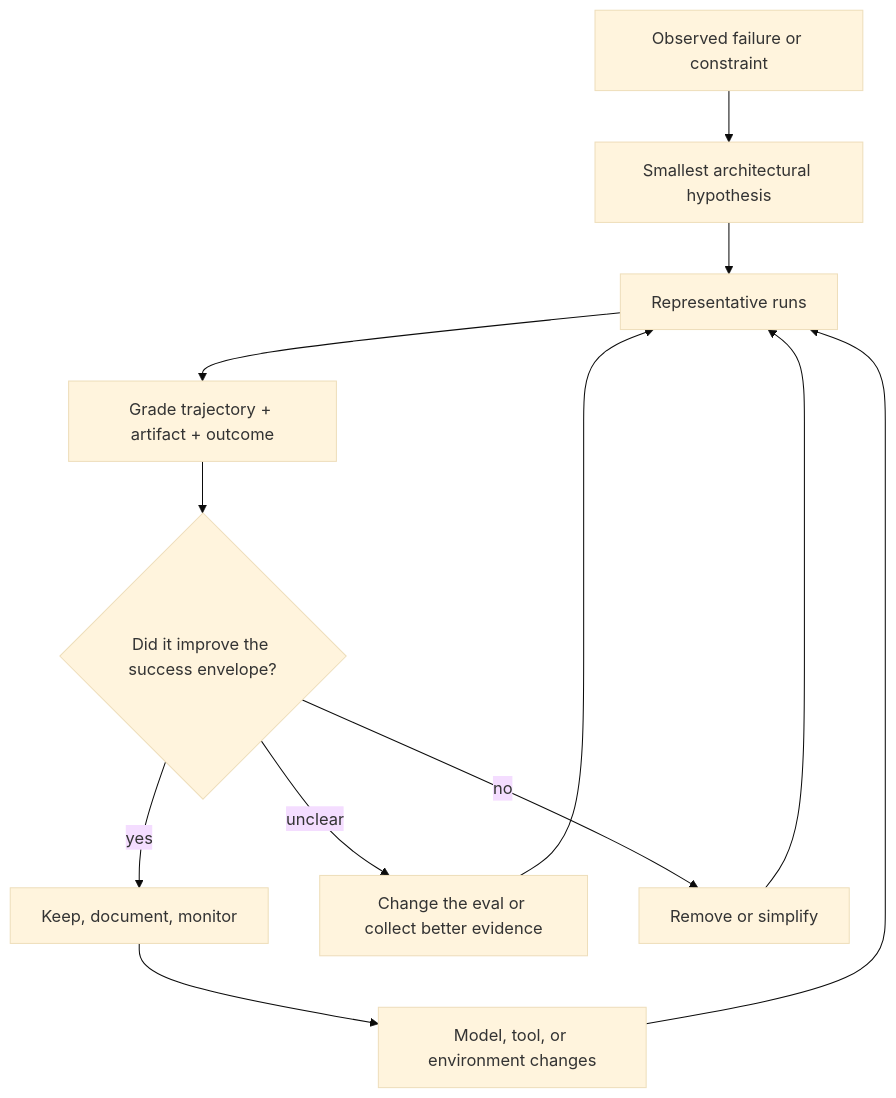
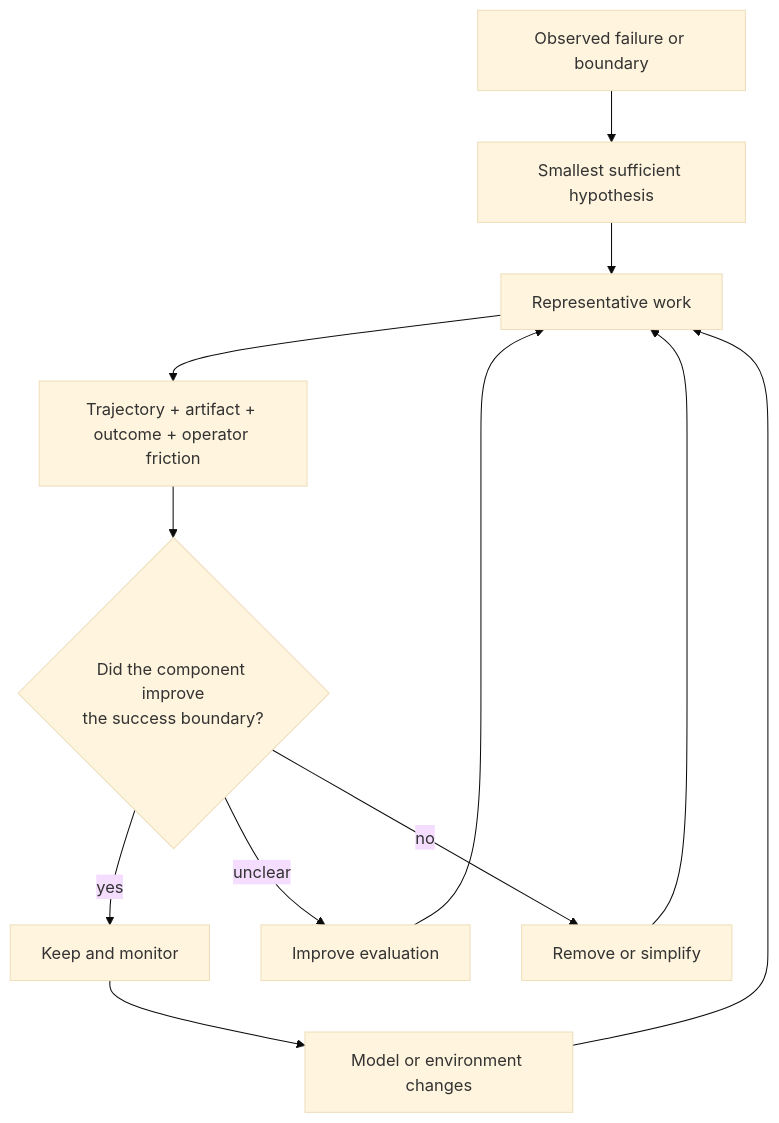
One commit to yiwei79/root-azoth changed the third of 3 diagrams in docs/case-studies/narrow-success-broad-failure.md. Above: the diagram before and after it, drawn with Mermaid (base theme). The commit also changed other lines of this file and 7 other files, not shown here.

````diff
--- a/docs/case-studies/narrow-success-broad-failure.md
+++ b/docs/case-studies/narrow-success-broad-failure.md
@@ -229,14 +229,14 @@
 ```mermaid
 flowchart TB
-    F["Observed failure or constraint"] --> H["Smallest architectural hypothesis"]
-    H --> R["Representative runs"]
-    R --> G["Grade trajectory + artifact + outcome"]
-    G --> J{"Did it improve the success envelope?"}
-    J -->|yes| K["Keep, document, monitor"]
-    J -->|unclear| M["Change the eval or collect better evidence"]
+    F["Observed failure or boundary"] --> H["Smallest sufficient hypothesis"]
+    H --> R["Representative work"]
+    R --> E["Trajectory + artifact + outcome + operator friction"]
+    E --> J{"Did the component improve<br/>the success boundary?"}
+    J -->|yes| K["Keep and monitor"]
+    J -->|unclear| M["Improve evaluation"]
     J -->|no| X["Remove or simplify"]
-    K --> Z["Model, tool, or environment changes"]
+    K --> C["Model or environment changes"]
     M --> R
     X --> R
-    Z --> R
+    C --> R
 ```
````
